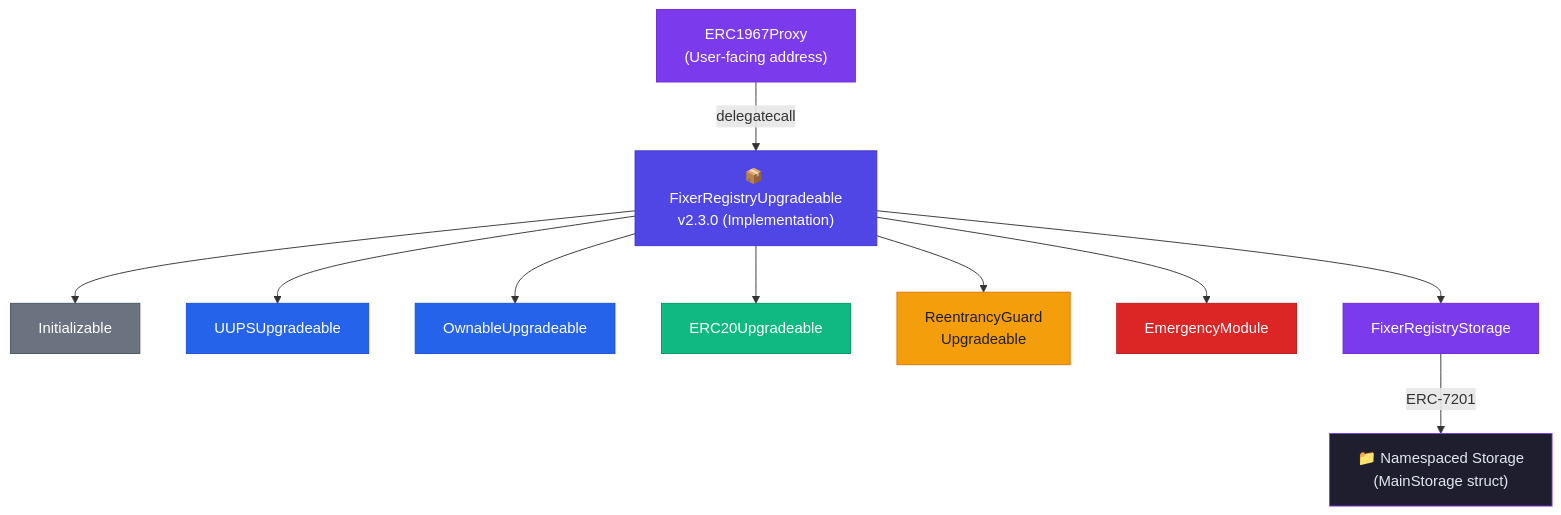
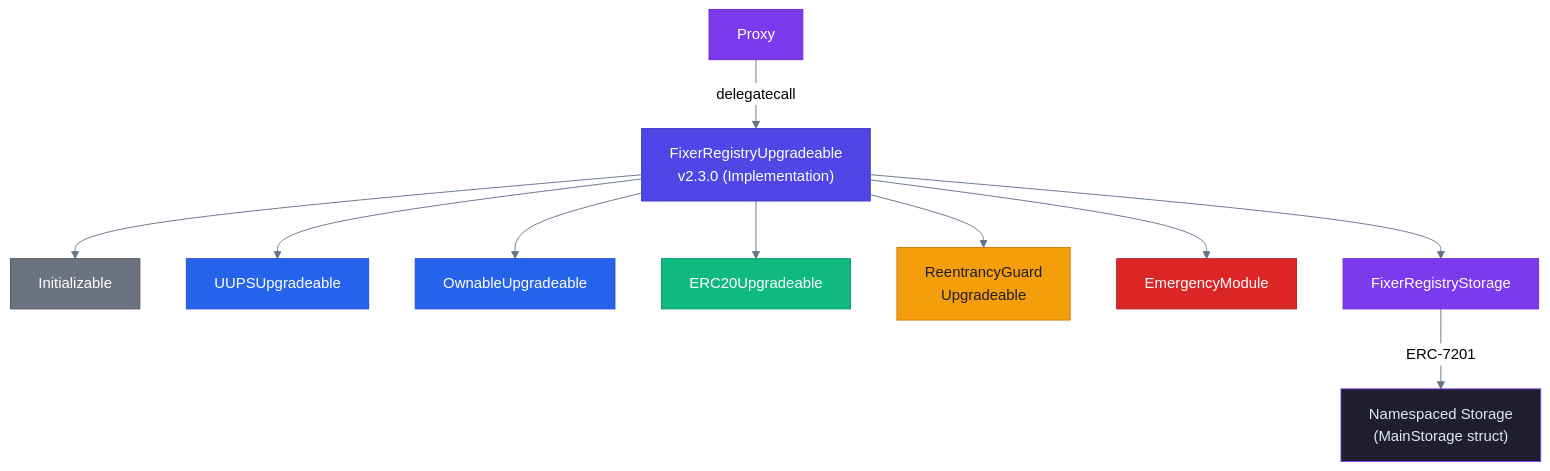
One commit to guglxni/the-fixer-hook changed the ninth of 12 diagrams in docs/SYSTEM_DESIGN.md. Above: the diagram before and after it, drawn with Mermaid. The commit also changed other lines of this file and 514 other files, not shown here.

Commit message:
Clean docs: remove emojis, add professional mermaid styling

````diff
--- a/docs/SYSTEM_DESIGN.md
+++ b/docs/SYSTEM_DESIGN.md
@@ -461,26 +452,23 @@
 ```mermaid
+%%{init: {'theme': 'neutral', 'themeVariables': { 'primaryColor': '#2563eb', 'primaryTextColor': '#1e293b', 'primaryBorderColor': '#3b82f6', 'lineColor': '#64748b', 'secondaryColor': '#f1f5f9', 'tertiaryColor': '#e2e8f0'}}}%%
 flowchart TD
-    Proxy["ERC1967Proxy\n(User-facing address)"]
-    Proxy -->|delegatecall| Impl["📦 FixerRegistryUpgradeable\nv2.3.0 (Implementation)"]
-    
+    Proxy -->|delegatecall| Impl[" FixerRegistryUpgradeable\nv2.3.0 (Implementation)"]
     Impl --> Init["Initializable"]
     Impl --> UUPS["UUPSUpgradeable"]
     Impl --> Own["OwnableUpgradeable"]
     Impl --> ERC20["ERC20Upgradeable"]
     Impl --> Guard["ReentrancyGuard\nUpgradeable"]
     Impl --> Emerg["EmergencyModule"]
     Impl --> Store["FixerRegistryStorage"]
-    
-    Store -->|ERC-7201| NS["📁 Namespaced Storage\n(MainStorage struct)"]
-
+    Store -->|ERC-7201| NS[" Namespaced Storage\n(MainStorage struct)"]
     style Proxy fill:#7C3AED,color:#FFFFFF,stroke:#6D28D9
     style Impl fill:#4F46E5,color:#FFFFFF,stroke:#4338CA
     style Init fill:#6B7280,color:#FFFFFF,stroke:#4B5563
     style UUPS fill:#2563EB,color:#FFFFFF,stroke:#1D4ED8
     style Own fill:#2563EB,color:#FFFFFF,stroke:#1D4ED8
     style ERC20 fill:#10B981,color:#FFFFFF,stroke:#059669
     style Guard fill:#F59E0B,color:#1E1E2E,stroke:#D97706
     style Emerg fill:#DC2626,color:#FFFFFF,stroke:#B91C1C
     style Store fill:#7C3AED,color:#FFFFFF,stroke:#6D28D9
     style NS fill:#1E1E2E,color:#E2E8F0,stroke:#7C3AED
 ```
````
